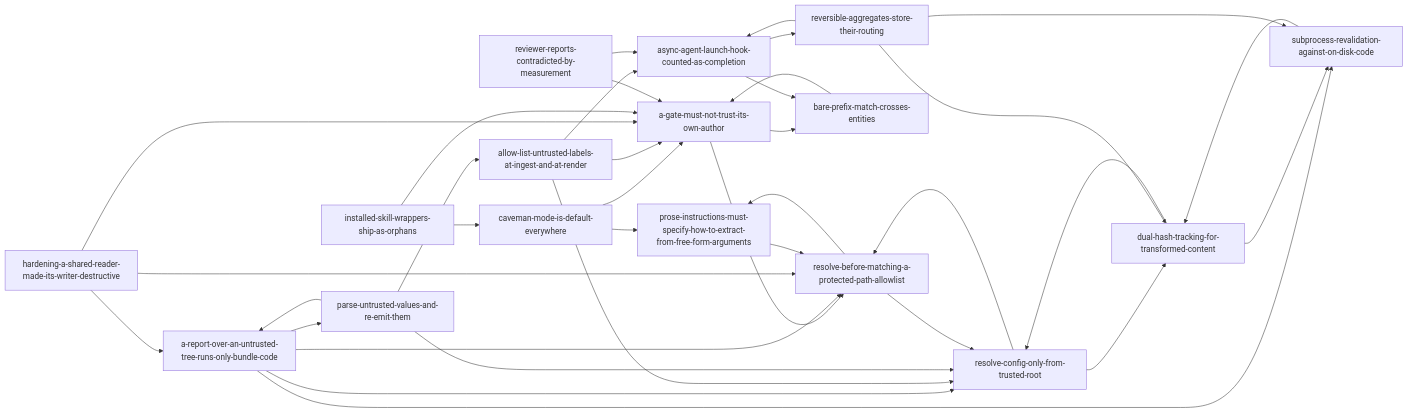
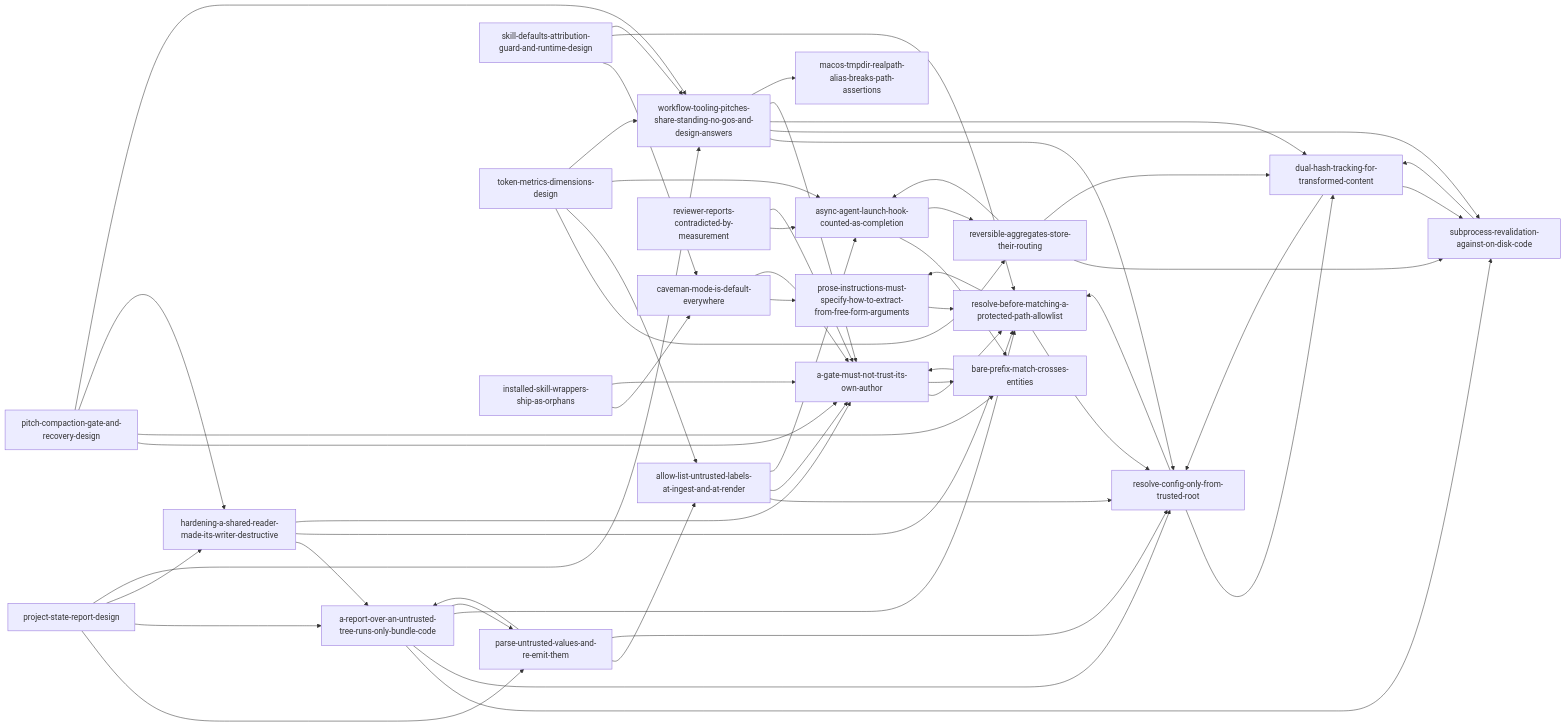
Before and after one commit to masterpol/ai-workflow: the diagram in .project/knowledge/index.md, drawn with Mermaid. The commit also changed other lines of this file and 92 other files, not shown here.

First line of the commit message:
Release v2.8.1: compact the five shipped pitches, fix inventory of emptied pitch directories

````diff
--- a/.project/knowledge/index.md
+++ b/.project/knowledge/index.md
@@ -87,38 +111,58 @@
 ```mermaid
 graph LR
   caveman-mode-is-default-everywhere --> prose-instructions-must-specify-how-to-extract-from-free-form-arguments
   caveman-mode-is-default-everywhere --> a-gate-must-not-trust-its-own-author
+  pitch-compaction-gate-and-recovery-design --> a-gate-must-not-trust-its-own-author
+  pitch-compaction-gate-and-recovery-design --> bare-prefix-match-crosses-entities
+  pitch-compaction-gate-and-recovery-design --> hardening-a-shared-reader-made-its-writer-destructive
+  pitch-compaction-gate-and-recovery-design --> workflow-tooling-pitches-share-standing-no-gos-and-design-answers
+  project-state-report-design --> parse-untrusted-values-and-re-emit-them
+  project-state-report-design --> a-report-over-an-untrusted-tree-runs-only-bundle-code
+  project-state-report-design --> hardening-a-shared-reader-made-its-writer-destructive
+  project-state-report-design --> workflow-tooling-pitches-share-standing-no-gos-and-design-answers
+  skill-defaults-attribution-guard-and-runtime-design --> caveman-mode-is-default-everywhere
+  skill-defaults-attribution-guard-and-runtime-design --> resolve-before-matching-a-protected-path-allowlist
+  skill-defaults-attribution-guard-and-runtime-design --> workflow-tooling-pitches-share-standing-no-gos-and-design-answers
+  token-metrics-dimensions-design --> reversible-aggregates-store-their-routing
+  token-metrics-dimensions-design --> allow-list-untrusted-labels-at-ingest-and-at-render
+  token-metrics-dimensions-design --> async-agent-launch-hook-counted-as-completion
+  token-metrics-dimensions-design --> workflow-tooling-pitches-share-standing-no-gos-and-design-answers
+  workflow-tooling-pitches-share-standing-no-gos-and-design-answers --> resolve-config-only-from-trusted-root
+  workflow-tooling-pitches-share-standing-no-gos-and-design-answers --> subprocess-revalidation-against-on-disk-code
+  workflow-tooling-pitches-share-standing-no-gos-and-design-answers --> dual-hash-tracking-for-transformed-content
+  workflow-tooling-pitches-share-standing-no-gos-and-design-answers --> a-gate-must-not-trust-its-own-author
+  workflow-tooling-pitches-share-standing-no-gos-and-design-answers --> macos-tmpdir-realpath-alias-breaks-path-assertions
   a-gate-must-not-trust-its-own-author --> resolve-before-matching-a-protected-path-allowlist
   a-gate-must-not-trust-its-own-author --> bare-prefix-match-crosses-entities
   a-report-over-an-untrusted-tree-runs-only-bundle-code --> subprocess-revalidation-against-on-disk-code
   a-report-over-an-untrusted-tree-runs-only-bundle-code --> resolve-config-only-from-trusted-root
   a-report-over-an-untrusted-tree-runs-only-bundle-code --> resolve-before-matching-a-protected-path-allowlist
   a-report-over-an-untrusted-tree-runs-only-bundle-code --> parse-untrusted-values-and-re-emit-them
   allow-list-untrusted-labels-at-ingest-and-at-render --> resolve-config-only-from-trusted-root
   allow-list-untrusted-labels-at-ingest-and-at-render --> a-gate-must-not-trust-its-own-author
   allow-list-untrusted-labels-at-ingest-and-at-render --> async-agent-launch-hook-counted-as-completion
   dual-hash-tracking-for-transformed-content --> subprocess-revalidation-against-on-disk-code
   dual-hash-tracking-for-transformed-content --> resolve-config-only-from-trusted-root
   parse-untrusted-values-and-re-emit-them --> allow-list-untrusted-labels-at-ingest-and-at-render
   parse-untrusted-values-and-re-emit-them --> resolve-config-only-from-trusted-root
   parse-untrusted-values-and-re-emit-them --> a-report-over-an-untrusted-tree-runs-only-bundle-code
   resolve-before-matching-a-protected-path-allowlist --> resolve-config-only-from-trusted-root
   resolve-before-matching-a-protected-path-allowlist --> prose-instructions-must-specify-how-to-extract-from-free-form-arguments
   resolve-config-only-from-trusted-root --> dual-hash-tracking-for-transformed-content
   resolve-config-only-from-trusted-root --> resolve-before-matching-a-protected-path-allowlist
   reversible-aggregates-store-their-routing --> subprocess-revalidation-against-on-disk-code
   reversible-aggregates-store-their-routing --> dual-hash-tracking-for-transformed-content
   reversible-aggregates-store-their-routing --> async-agent-launch-hook-counted-as-completion
   subprocess-revalidation-against-on-disk-code --> dual-hash-tracking-for-transformed-content
   async-agent-launch-hook-counted-as-completion --> bare-prefix-match-crosses-entities
   async-agent-launch-hook-counted-as-completion --> reversible-aggregates-store-their-routing
   bare-prefix-match-crosses-entities --> a-gate-must-not-trust-its-own-author
   hardening-a-shared-reader-made-its-writer-destructive --> a-report-over-an-untrusted-tree-runs-only-bundle-code
   hardening-a-shared-reader-made-its-writer-destructive --> resolve-before-matching-a-protected-path-allowlist
   hardening-a-shared-reader-made-its-writer-destructive --> a-gate-must-not-trust-its-own-author
   installed-skill-wrappers-ship-as-orphans --> caveman-mode-is-default-everywhere
   installed-skill-wrappers-ship-as-orphans --> a-gate-must-not-trust-its-own-author
   prose-instructions-must-specify-how-to-extract-from-free-form-arguments --> resolve-before-matching-a-protected-path-allowlist
   reviewer-reports-contradicted-by-measurement --> async-agent-launch-hook-counted-as-completion
   reviewer-reports-contradicted-by-measurement --> a-gate-must-not-trust-its-own-author
 ```
````
